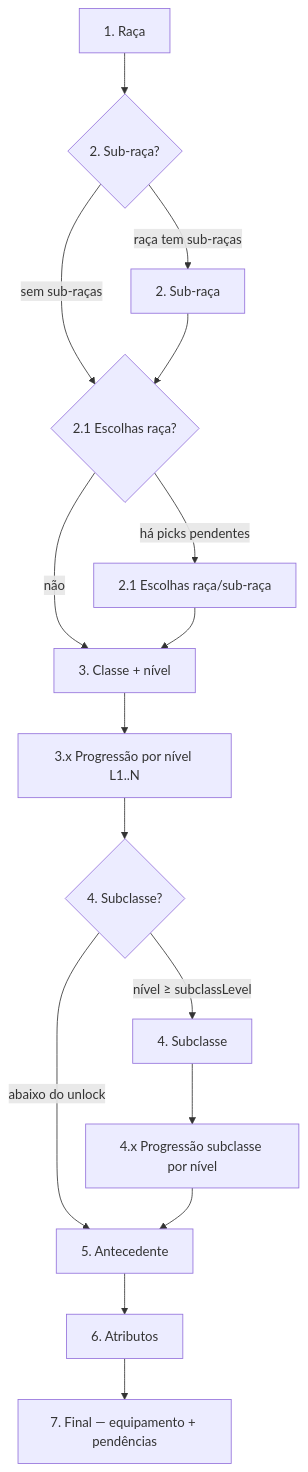
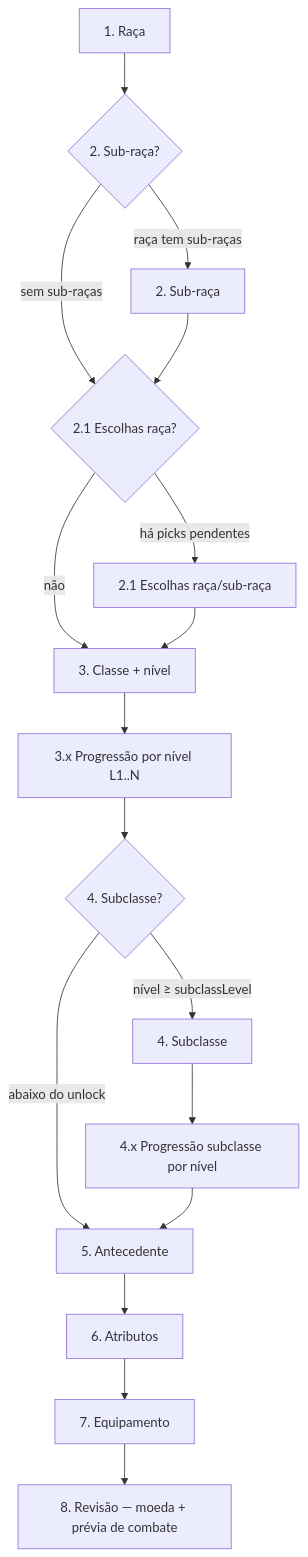
The diagram in docs/CHARACTER_CREATION.md (PedroVMLopes/rpv-front), drawn with Mermaid before and after one commit. The commit also changed other lines of this file and 18 other files, not shown here.

First line of the commit message:
Update character creation flow to replace 'finalize' with 'equipment' and 'review'

````diff
--- a/docs/CHARACTER_CREATION.md
+++ b/docs/CHARACTER_CREATION.md
@@ -47,18 +47,19 @@
 ```mermaid
 flowchart TD
     R[1. Raça] --> SR{2. Sub-raça?}
     SR -->|raça tem sub-raças| S2[2. Sub-raça]
     SR -->|sem sub-raças| RC{2.1 Escolhas raça?}
     S2 --> RC
     RC -->|há picks pendentes| RCP[2.1 Escolhas raça/sub-raça]
     RC -->|não| CL[3. Classe + nível]
     RCP --> CL
     CL --> LVL[3.x Progressão por nível L1..N]
     LVL --> SC{4. Subclasse?}
     SC -->|nível ≥ subclassLevel| SCS[4. Subclasse]
     SC -->|abaixo do unlock| BG[5. Antecedente]
     SCS --> SCLVL[4.x Progressão subclasse por nível]
     SCLVL --> BG
     BG --> AB[6. Atributos]
-    AB --> FN[7. Final — equipamento + pendências]
+    AB --> EQ[7. Equipamento]
+    EQ --> RV[8. Revisão — moeda + prévia de combate]
 ```
````
